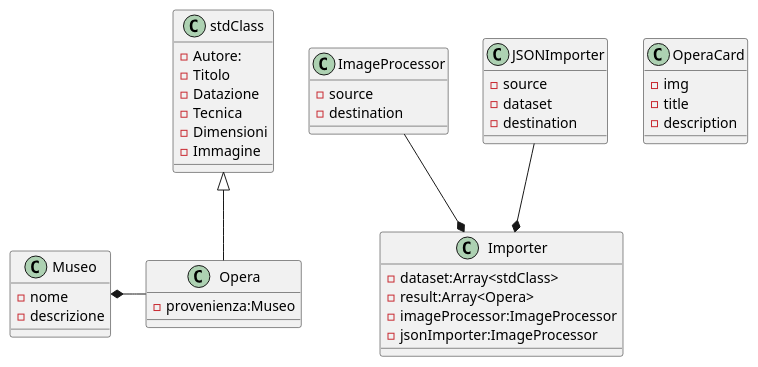
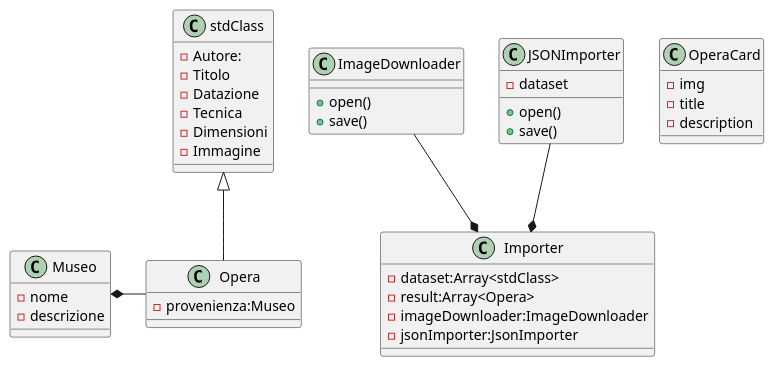
The diagram in 04 - mao-project_oop/_docs/class.diagram.iuml (sarassoroberto/corso_web_programmer_maggio_2019), drawn with PlantUML before and after one commit.

Commit message:
Aggiustameti a class Diagram: - open() - save() interfaccia (non formalizzata)

```diff
--- a/04 - mao-project_oop/_docs/class.diagram.iuml
+++ b/04 - mao-project_oop/_docs/class.diagram.iuml
@@ -1,57 +1,60 @@
 @startuml
 
 class JSONImporter{
-- source
 - dataset
-- destination
++ open()
++ save()
 }
 
 class stdClass {   
    - Autore: 
    - Titolo
    - Datazione
    - Tecnica
    - Dimensioni
    - Immagine
 }
 
 class Opera {
    - provenienza:Museo
 }
 class Museo {
    - nome
    - descrizione 
 }
 
-class ImageProcessor {
-    - source
-    - destination
+class ImageDownloader {
+    + open()
+    + save()
 }
 
 class Importer {
     - dataset:Array<stdClass>
     - result:Array<Opera>
-    - imageProcessor:ImageProcessor
-    - jsonImporter:ImageProcessor
+    - imageDownloader:ImageDownloader
+    - jsonImporter:JsonImporter
 }
 
 class OperaCard {
     - img
     - title
     - description
 }
 
-' Importer *-- ImageProcessor
+
 Importer *-up- JSONImporter
 
-' Importer *-- ImageProcessor 
-Importer *-up- ImageProcessor 
-' JSONImporter --* Importer
+
+Importer *-up- ImageDownloader 
+
 
 Opera -left-* Museo
-' Museo  *--  Opera
-' Opera --* Museo
+stdClass <|-- Opera
 
 
-stdClass <|-- Opera
+' together {
+'   class Opera
+'   class stdClass
+'   class Museo
+' }
 @enduml
```
